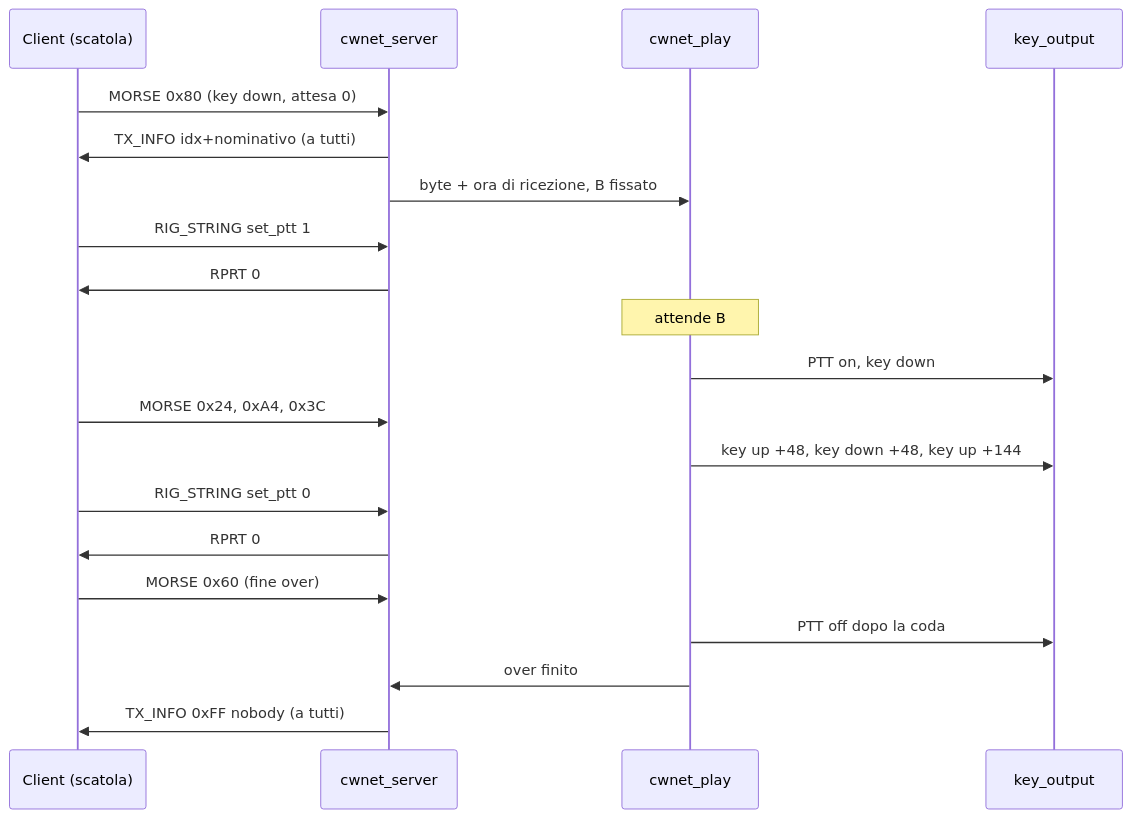
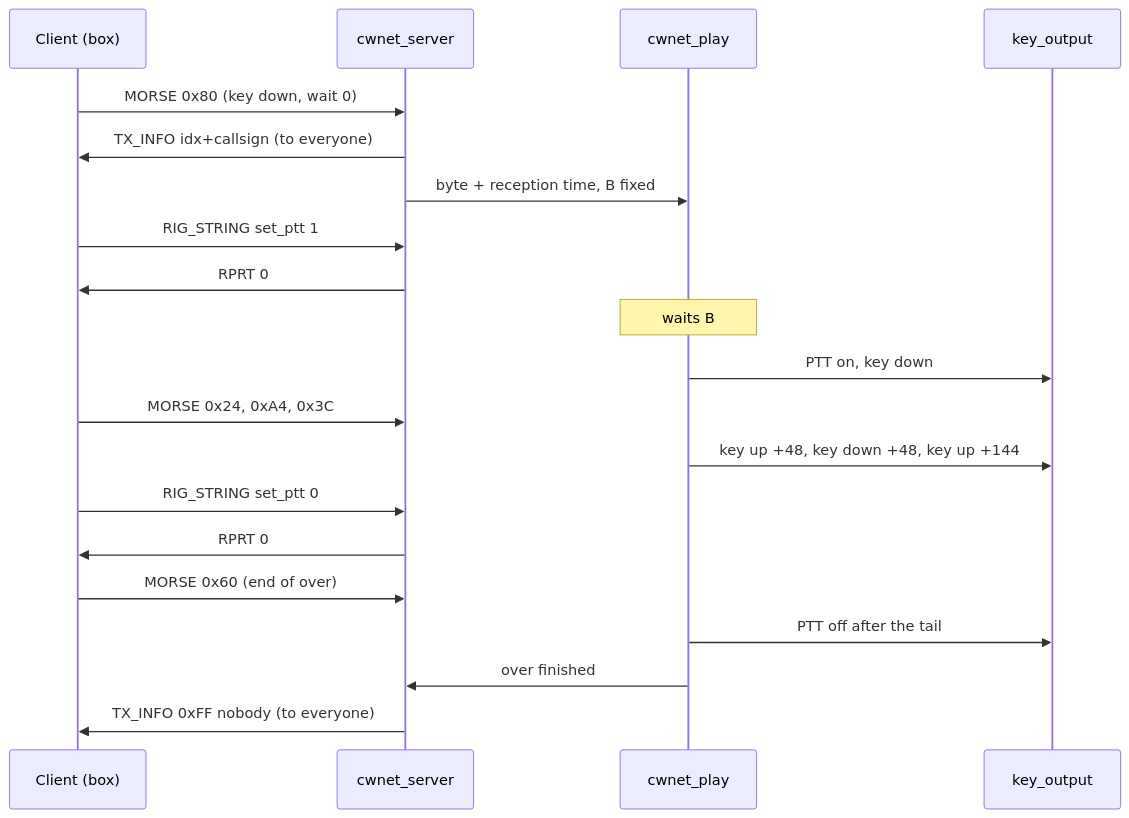
The second of 3 diagrams in docs/plans/2026-09-08-2158-feat-station-daemon-plan.md (iu3qez/RemoteCWKeyer-esp32), drawn with Mermaid before and after one commit. The commit also changed other lines of this file and 31 other files, not shown here.

````diff
--- a/docs/plans/2026-09-08-2158-feat-station-daemon-plan.md
+++ b/docs/plans/2026-09-08-2158-feat-station-daemon-plan.md
@@ -195,22 +195,22 @@
 ```mermaid
 sequenceDiagram
-  participant C as Client (scatola)
+  participant C as Client (box)
   participant S as cwnet_server
   participant Y as cwnet_play
   participant O as key_output
-  C->>S: MORSE 0x80 (key down, attesa 0)
-  S->>C: TX_INFO idx+nominativo (a tutti)
-  S->>Y: byte + ora di ricezione, B fissato
+  C->>S: MORSE 0x80 (key down, wait 0)
+  S->>C: TX_INFO idx+callsign (to everyone)
+  S->>Y: byte + reception time, B fixed
   C->>S: RIG_STRING set_ptt 1
   S->>C: RPRT 0
-  Note over Y: attende B
+  Note over Y: waits B
   Y->>O: PTT on, key down
   C->>S: MORSE 0x24, 0xA4, 0x3C
   Y->>O: key up +48, key down +48, key up +144
   C->>S: RIG_STRING set_ptt 0
   S->>C: RPRT 0
-  C->>S: MORSE 0x60 (fine over)
-  Y->>O: PTT off dopo la coda
-  Y->>S: over finito
-  S->>C: TX_INFO 0xFF nobody (a tutti)
+  C->>S: MORSE 0x60 (end of over)
+  Y->>O: PTT off after the tail
+  Y->>S: over finished
+  S->>C: TX_INFO 0xFF nobody (to everyone)
 ```
````
